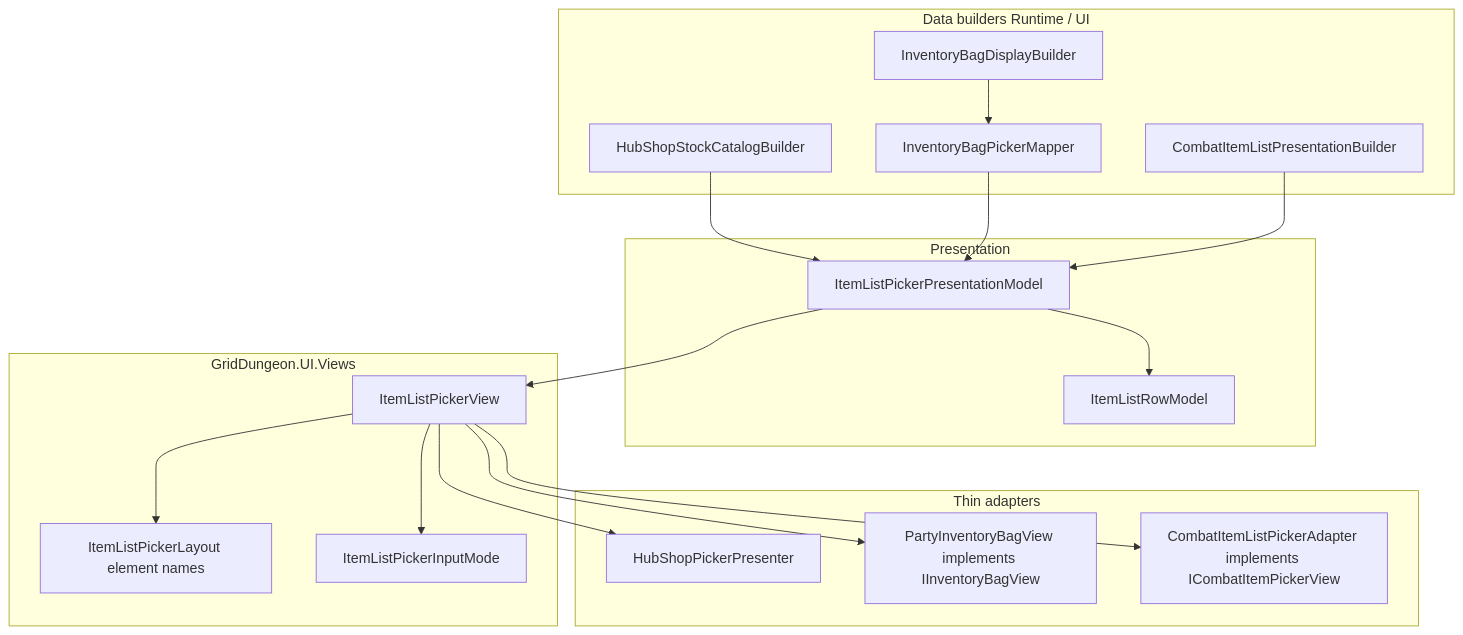
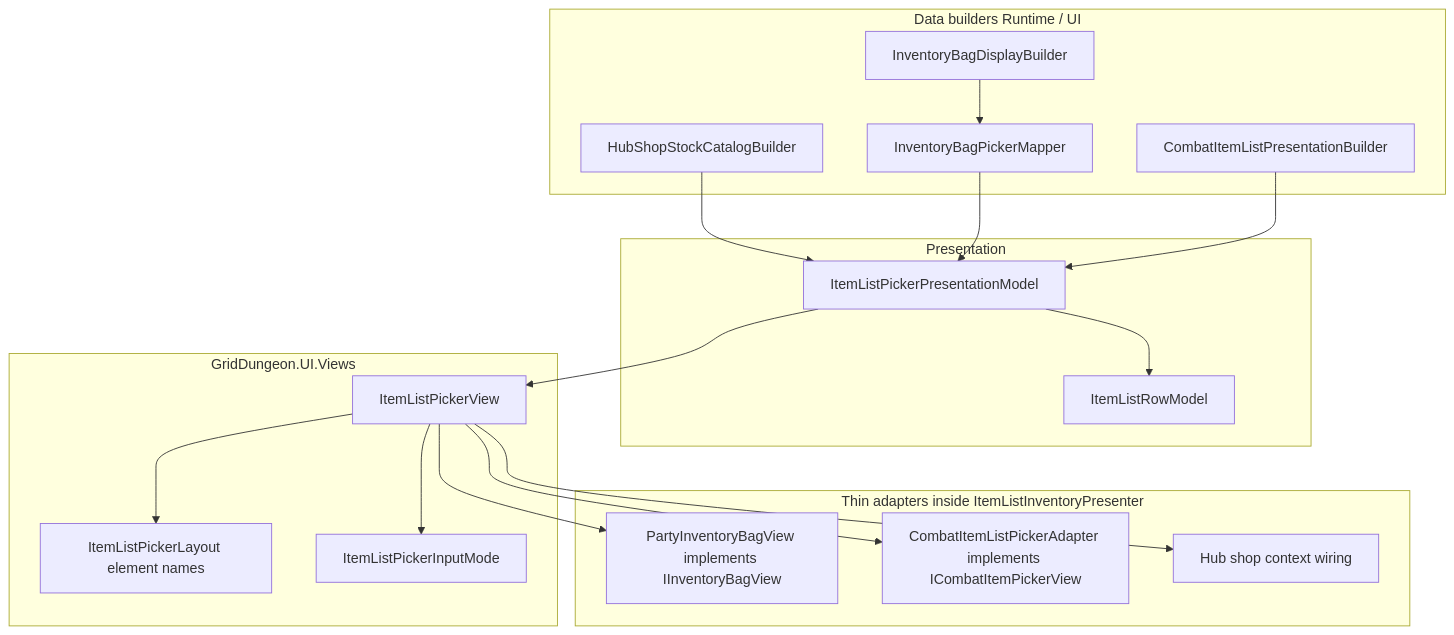
The fourth of 7 diagrams in docs/04-dev/shared-menu-picker-ui.md (miramocha/griddungeon-design-docs), drawn with Mermaid before and after one commit. The commit also changed other lines of this file and 1 other file, not shown here.

````diff
--- a/docs/04-dev/shared-menu-picker-ui.md
+++ b/docs/04-dev/shared-menu-picker-ui.md
@@ -298,37 +328,37 @@
 ```mermaid
 flowchart TB
   subgraph data [Data builders Runtime / UI]
     HUB[HubShopStockCatalogBuilder]
     BAG[InventoryBagDisplayBuilder]
     COM[CombatItemListPresentationBuilder]
     MAP[InventoryBagPickerMapper]
   end
 
   subgraph model [Presentation]
     ILPM[ItemListPickerPresentationModel]
     ILRM[ItemListRowModel]
     ILPM --> ILRM
   end
 
   subgraph view [GridDungeon.UI.Views]
     ILPV[ItemListPickerView]
     LAY[ItemListPickerLayout element names]
     MODE[ItemListPickerInputMode]
     ILPV --> LAY
     ILPV --> MODE
   end
 
-  subgraph adapters [Thin adapters]
-    HSP[HubShopPickerPresenter]
+  subgraph adapters [Thin adapters inside ItemListInventoryPresenter]
     PIB[PartyInventoryBagView implements IInventoryBagView]
     CIA[CombatItemListPickerAdapter implements ICombatItemPickerView]
+    HUBCTX[Hub shop context wiring]
   end
 
   HUB --> ILPM
   BAG --> MAP --> ILPM
   COM --> ILPM
   ILPM --> ILPV
-  ILPV --> HSP
+  ILPV --> HUBCTX
   ILPV --> PIB
   ILPV --> CIA
 ```
````
